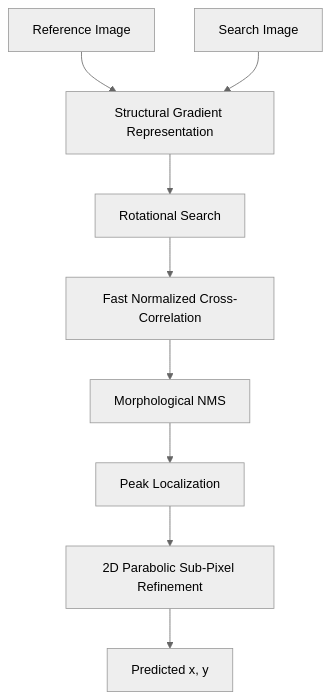
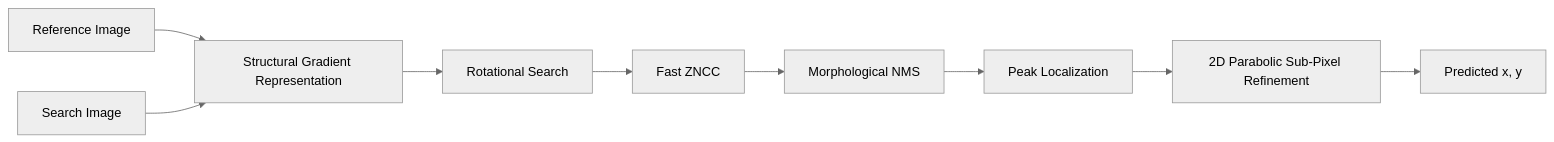
Before and after one commit to RKNAGA18/DriftSense-Wafer-Nav: the first of 3 diagrams in README.md, drawn with Mermaid (neutral theme). The commit also changed other lines of this file, not shown here.

````diff
--- a/README.md
+++ b/README.md
@@ -143,12 +172,12 @@
 ```mermaid
-graph TD
-    Ref[Reference Image] --> SGR[Structural Gradient Representation]
-    Search[Search Image] --> SGR
-    
-    SGR --> RS[Rotational Search]
-    RS --> FNCC[Fast Normalized Cross-Correlation]
-    FNCC --> NMS[Morphological NMS]
-    NMS --> PL[Peak Localization]
-    PL --> SubPx[2D Parabolic Sub-Pixel Refinement]
-    SubPx --> Output[Predicted x, y]
+flowchart LR
+    A[Reference Image] --> C[Structural Gradient Representation]
+    B[Search Image] --> C
+
+    C --> D[Rotational Search]
+    D --> E[Fast ZNCC]
+    E --> F[Morphological NMS]
+    F --> G[Peak Localization]
+    G --> H[2D Parabolic Sub-Pixel Refinement]
+    H --> I[Predicted x, y]
 ```
````
